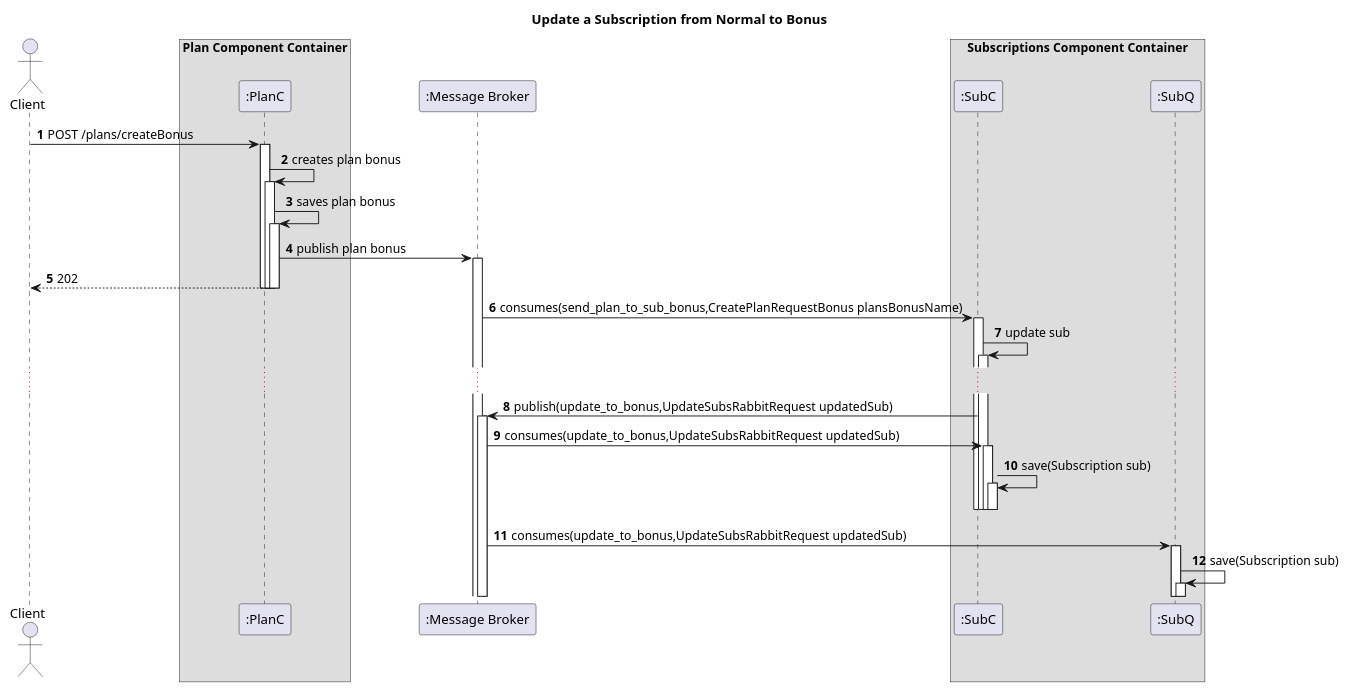
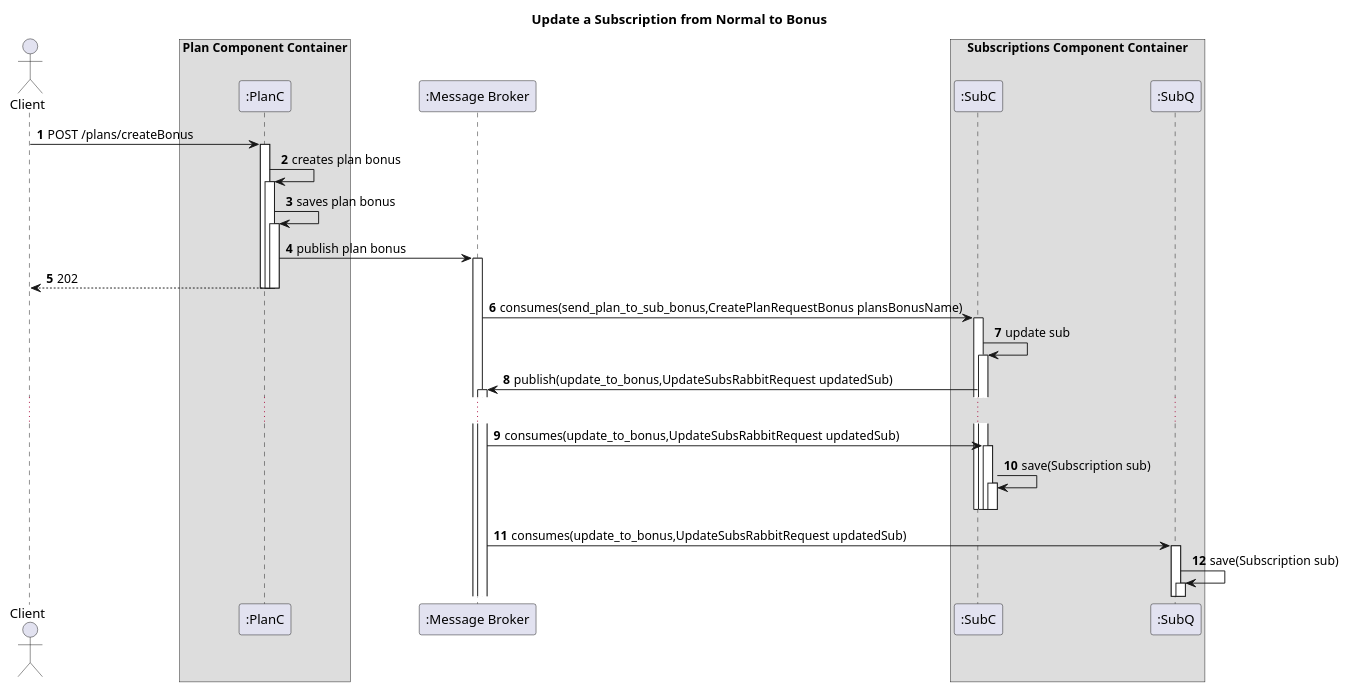
One commit to IsepMartimOliveira/SIDIS changed the diagram in docs_sidis/Terceira_Avaliação/Bonus/Vista_Processos/N2/Subscriptions/UpdateToBonus.puml. Above: the diagram before and after it, drawn with PlantUML. The commit also changed 10 other files, not shown here.

```diff
--- a/docs_sidis/Terceira_Avaliação/Bonus/Vista_Processos/N2/Subscriptions/UpdateToBonus.puml
+++ b/docs_sidis/Terceira_Avaliação/Bonus/Vista_Processos/N2/Subscriptions/UpdateToBonus.puml
@@ -1,60 +1,61 @@
 @startuml
 'https://plantuml.com/sequence-diagram
 autoactivate on
 autonumber
 title  Update a Subscription from Normal to Bonus
 
 autonumber
 
 actor "Client" as Ac
 box "Plan Component Container"
 participant ":PlanC" as Auth
 end box
 
 participant ":Message Broker" as Broker
 box "Subscriptions Component Container"
     participant ":SubC" as NewComp
     participant ":SubQ" as NewCompQ
 end box
 
 
 
 Ac->Auth:POST /plans/createBonus
 Auth->Auth:creates plan bonus
 Auth->Auth:saves plan bonus
 Auth->Broker:publish plan bonus
 Auth-->Ac:202
 
 deactivate Auth
 deactivate Auth
 deactivate Auth
 
 
 
 Broker->NewComp:consumes(send_plan_to_sub_bonus,CreatePlanRequestBonus plansBonusName)
 NewComp->NewComp:update sub
+
+NewComp->Broker:publish(update_to_bonus,UpdateSubsRabbitRequest updatedSub)
 ...
-NewComp->Broker:publish(update_to_bonus,UpdateSubsRabbitRequest updatedSub)
 Broker->NewComp:consumes(update_to_bonus,UpdateSubsRabbitRequest updatedSub)
 NewComp->NewComp:save(Subscription sub)
 
 deactivate NewComp
 deactivate NewComp
 deactivate NewComp
 deactivate NewComp
 
 Broker->NewCompQ:consumes(update_to_bonus,UpdateSubsRabbitRequest updatedSub)
 NewCompQ->NewCompQ:save(Subscription sub)
 
 
 
 
 
 
 
 
 
 
 
 
 @enduml
```
